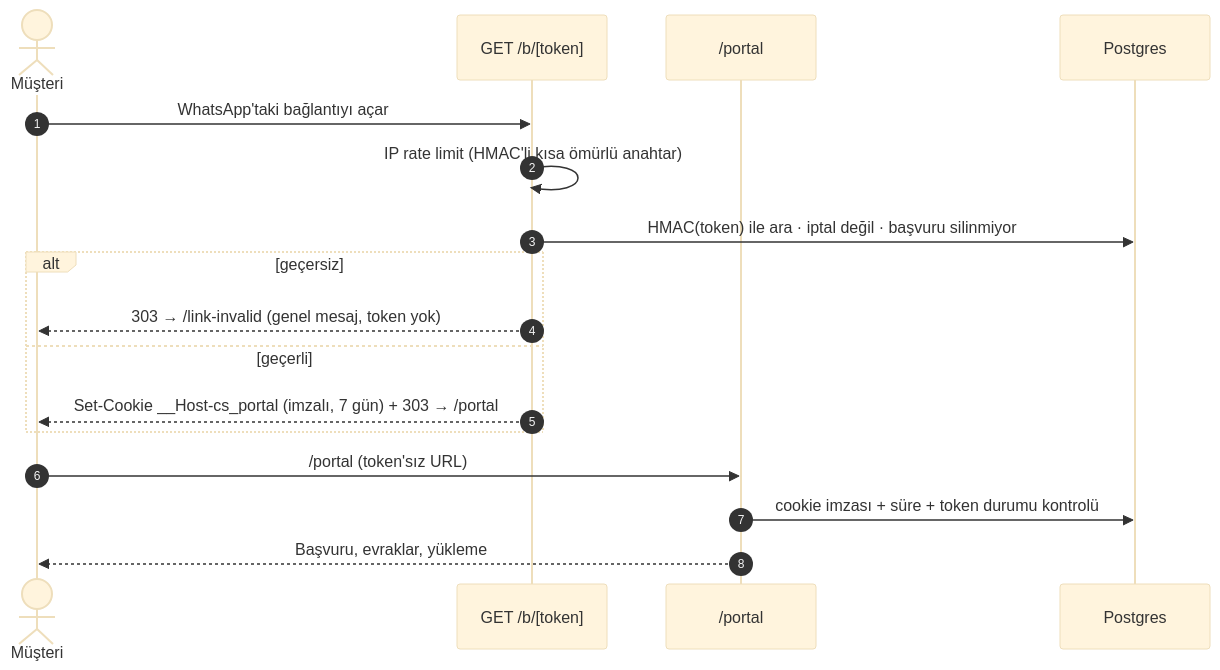
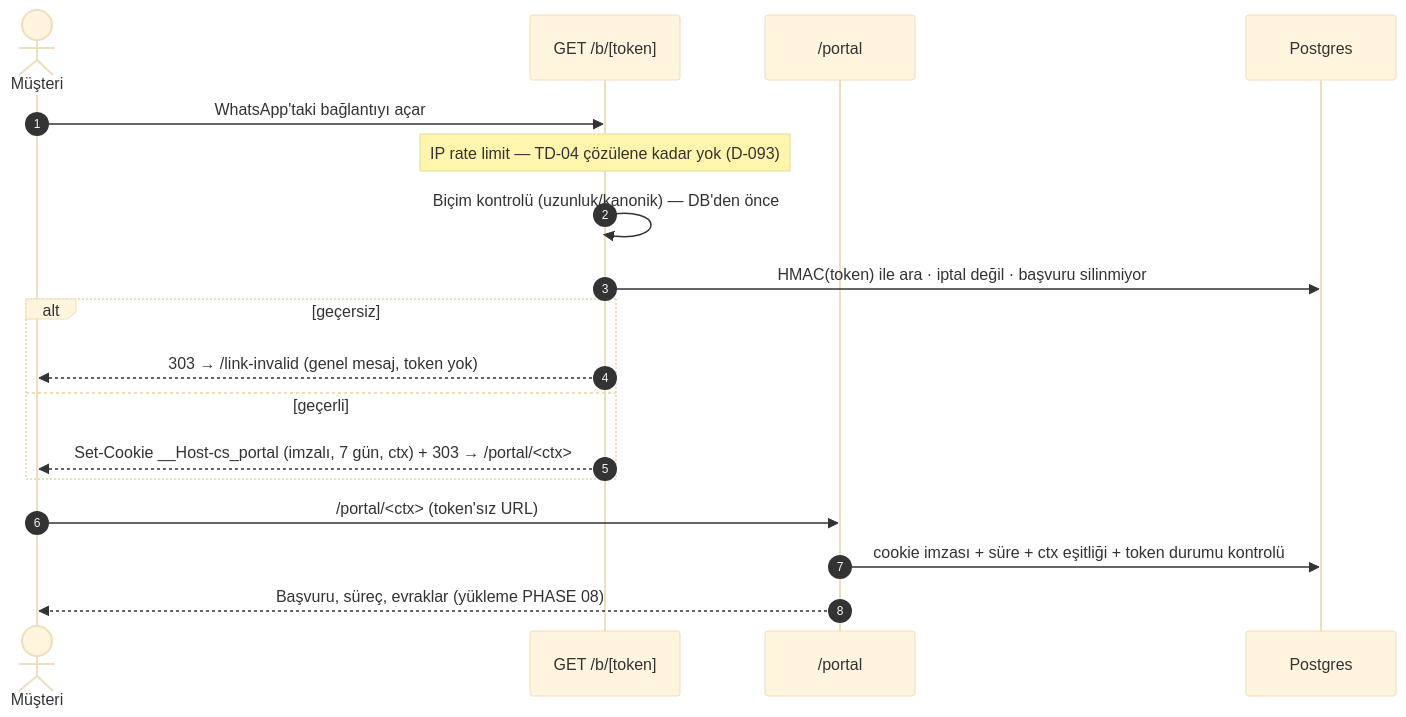
Before and after one commit to gokturkdogan/Cs-Global-Panel: the third of 3 diagrams in docs/ARCHITECTURE.md, drawn with Mermaid (base theme). The commit also changed other lines of this file and 58 other files, not shown here.

````diff
--- a/docs/ARCHITECTURE.md
+++ b/docs/ARCHITECTURE.md
@@ -95,20 +95,21 @@
 ```mermaid
 sequenceDiagram
     autonumber
     actor M as Müşteri
     participant B as GET /b/[token]
     participant P as /portal
     participant DB as Postgres
 
     M->>B: WhatsApp'taki bağlantıyı açar
-    B->>B: IP rate limit (HMAC'li kısa ömürlü anahtar)
+    Note over B: IP rate limit — TD-04 çözülene kadar yok (D-093)
+    B->>B: Biçim kontrolü (uzunluk/kanonik) — DB'den önce
     B->>DB: HMAC(token) ile ara · iptal değil · başvuru silinmiyor
     alt geçersiz
         B-->>M: 303 → /link-invalid (genel mesaj, token yok)
     else geçerli
-        B-->>M: Set-Cookie __Host-cs_portal (imzalı, 7 gün) + 303 → /portal
+        B-->>M: Set-Cookie __Host-cs_portal (imzalı, 7 gün, ctx) + 303 → /portal/<ctx>
     end
-    M->>P: /portal (token'sız URL)
-    P->>DB: cookie imzası + süre + token durumu kontrolü
-    P-->>M: Başvuru, evraklar, yükleme
+    M->>P: /portal/<ctx> (token'sız URL)
+    P->>DB: cookie imzası + süre + ctx eşitliği + token durumu kontrolü
+    P-->>M: Başvuru, süreç, evraklar (yükleme PHASE 08)
 ```
````
